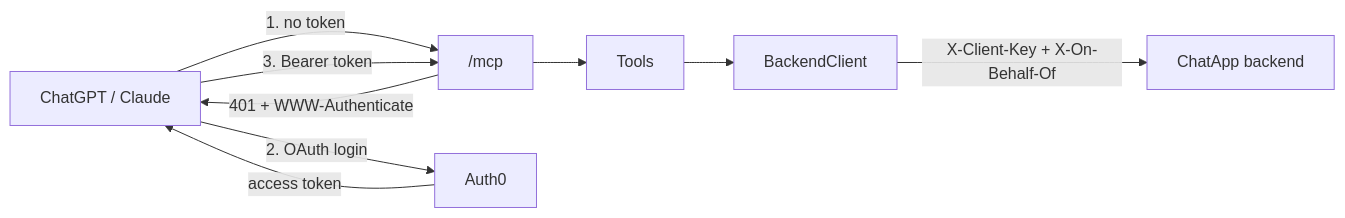
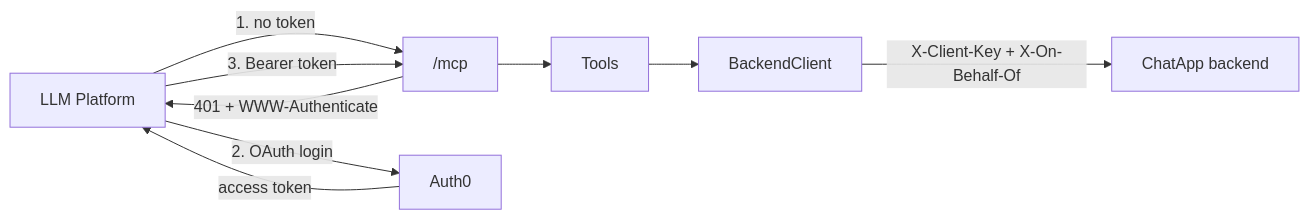
The diagram in mcp/README.md (phanxuanquang/jetomax-assignment), drawn with Mermaid before and after one commit. The commit also changed other lines of this file and 1 other file, not shown here.

Commit message:
docs(mcp): update README to clarify MCP server functionality and improve tool descriptions

````diff
--- a/mcp/README.md
+++ b/mcp/README.md
@@ -7,10 +5,10 @@
 ```mermaid
 flowchart LR
-    Client["ChatGPT / Claude"] -->|1. no token| MCP["/mcp"]
+    Client["LLM Platform"] -->|1. no token| MCP["/mcp"]
     MCP -->|401 + WWW-Authenticate| Client
     Client -->|2. OAuth login| Auth0
     Auth0 -->|access token| Client
     Client -->|3. Bearer token| MCP
     MCP --> Tools --> BC["BackendClient"]
     BC -->|X-Client-Key + X-On-Behalf-Of| API["ChatApp backend"]
 ```
````
